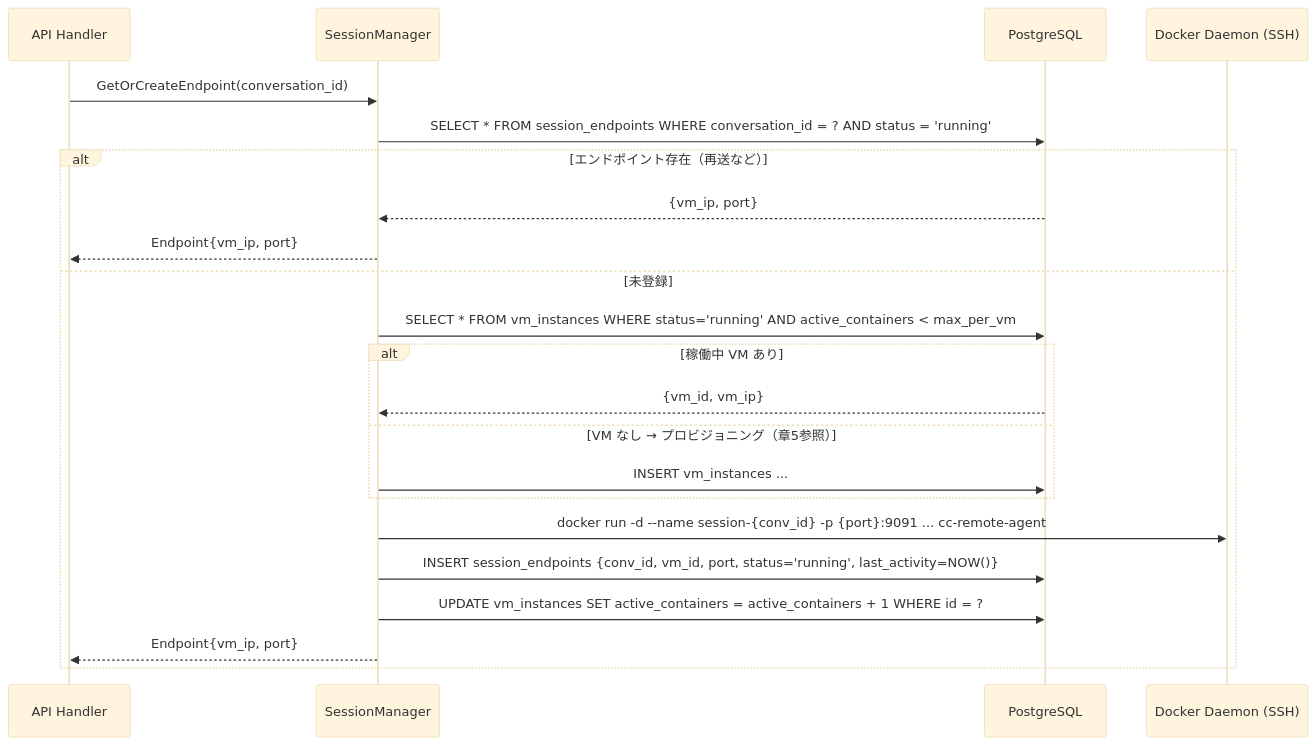
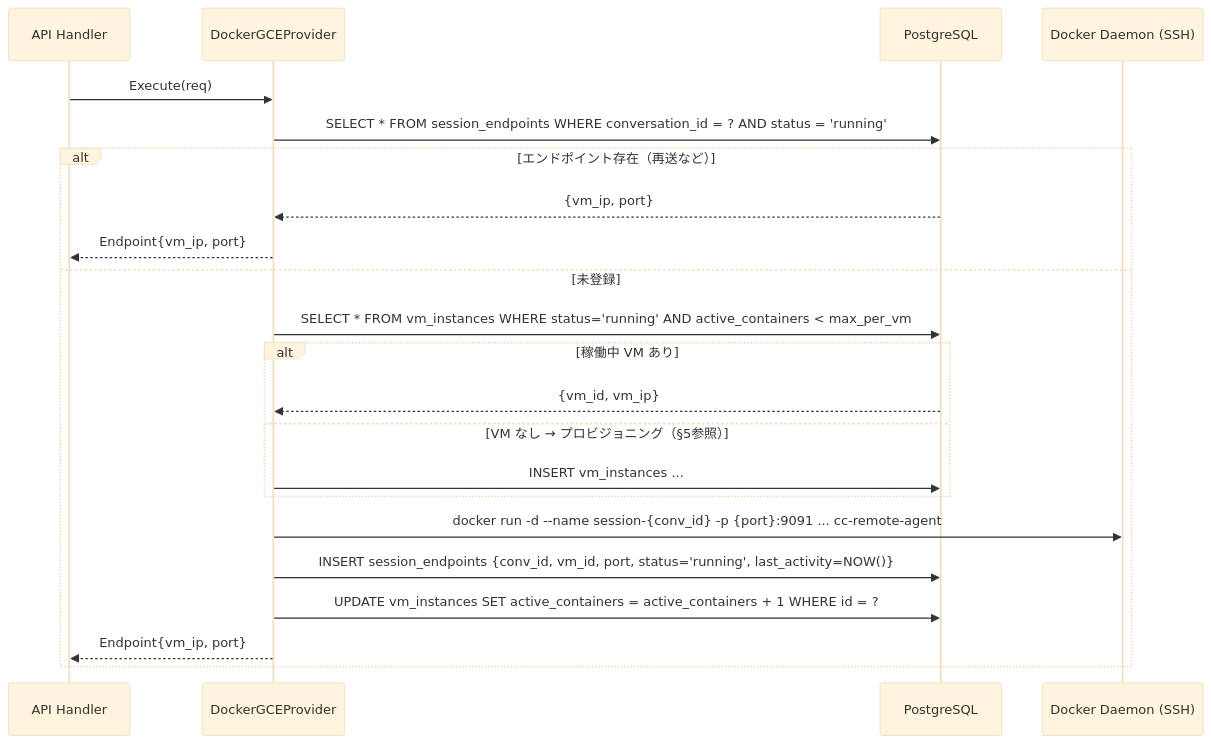
The diagram in docs/docker-gce-design.md (pollenjp/cc-tunnel), drawn with Mermaid (base theme) before and after one commit. The commit also changed other lines of this file and 10 other files, not shown here.

````diff
--- a/docs/docker-gce-design.md
+++ b/docs/docker-gce-design.md
@@ -259,26 +360,26 @@
 ```mermaid
 sequenceDiagram
     participant Handler as API Handler
-    participant SM as SessionManager
+    participant Provider as DockerGCEProvider
     participant DB as PostgreSQL
     participant Docker as Docker Daemon (SSH)
 
-    Handler->>SM: GetOrCreateEndpoint(conversation_id)
-    SM->>DB: SELECT * FROM session_endpoints WHERE conversation_id = ? AND status = 'running'
+    Handler->>Provider: Execute(req)
+    Provider->>DB: SELECT * FROM session_endpoints WHERE conversation_id = ? AND status = 'running'
 
     alt エンドポイント存在（再送など）
-        DB-->>SM: {vm_ip, port}
-        SM-->>Handler: Endpoint{vm_ip, port}
+        DB-->>Provider: {vm_ip, port}
+        Provider-->>Handler: Endpoint{vm_ip, port}
     else 未登録
-        SM->>DB: SELECT * FROM vm_instances WHERE status='running' AND active_containers < max_per_vm
+        Provider->>DB: SELECT * FROM vm_instances WHERE status='running' AND active_containers < max_per_vm
         alt 稼働中 VM あり
-            DB-->>SM: {vm_id, vm_ip}
-        else VM なし → プロビジョニング（章5参照）
-            SM->>DB: INSERT vm_instances ...
+            DB-->>Provider: {vm_id, vm_ip}
+        else VM なし → プロビジョニング（§5参照）
+            Provider->>DB: INSERT vm_instances ...
         end
-        SM->>Docker: docker run -d --name session-{conv_id} -p {port}:9091 ... cc-remote-agent
-        SM->>DB: INSERT session_endpoints {conv_id, vm_id, port, status='running', last_activity=NOW()}
-        SM->>DB: UPDATE vm_instances SET active_containers = active_containers + 1 WHERE id = ?
-        SM-->>Handler: Endpoint{vm_ip, port}
+        Provider->>Docker: docker run -d --name session-{conv_id} -p {port}:9091 ... cc-remote-agent
+        Provider->>DB: INSERT session_endpoints {conv_id, vm_id, port, status='running', last_activity=NOW()}
+        Provider->>DB: UPDATE vm_instances SET active_containers = active_containers + 1 WHERE id = ?
+        Provider-->>Handler: Endpoint{vm_ip, port}
     end
 ```
````
